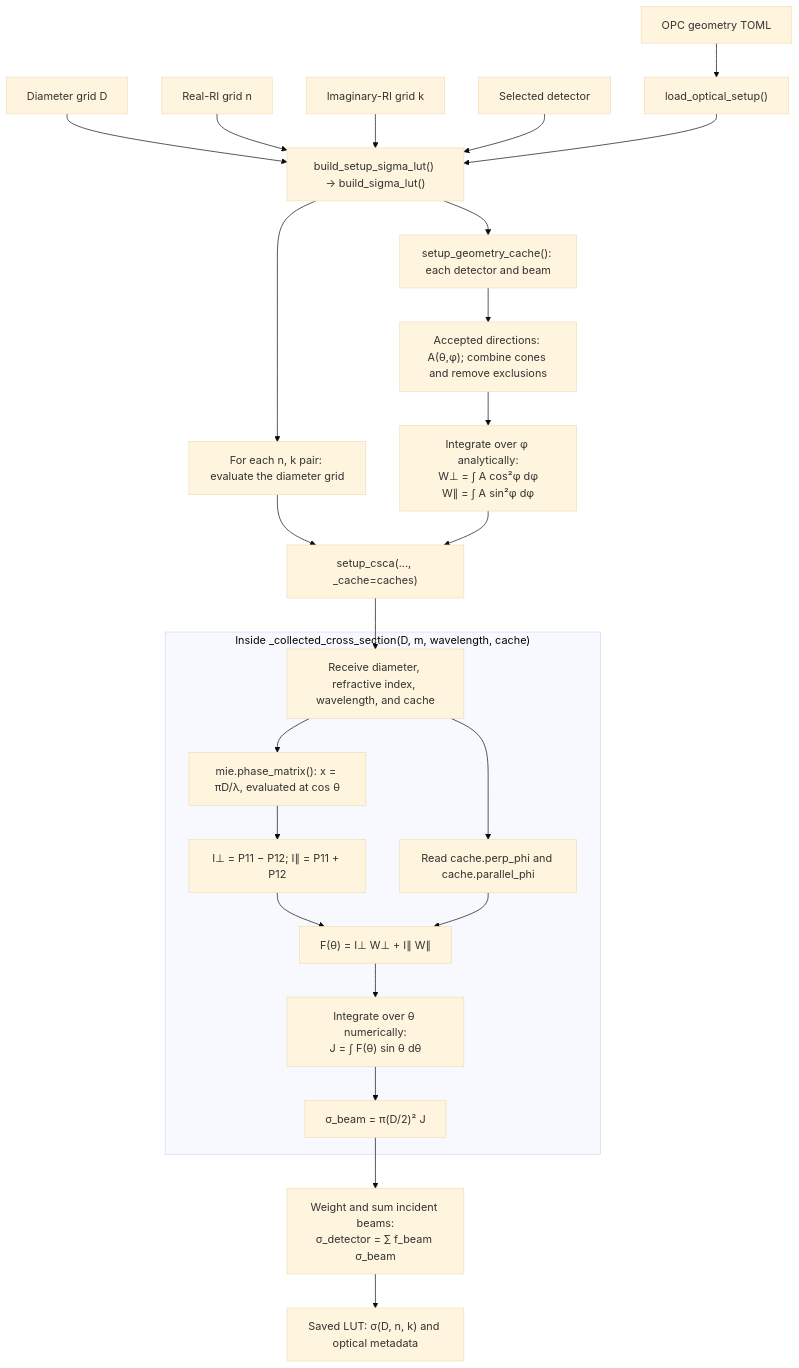
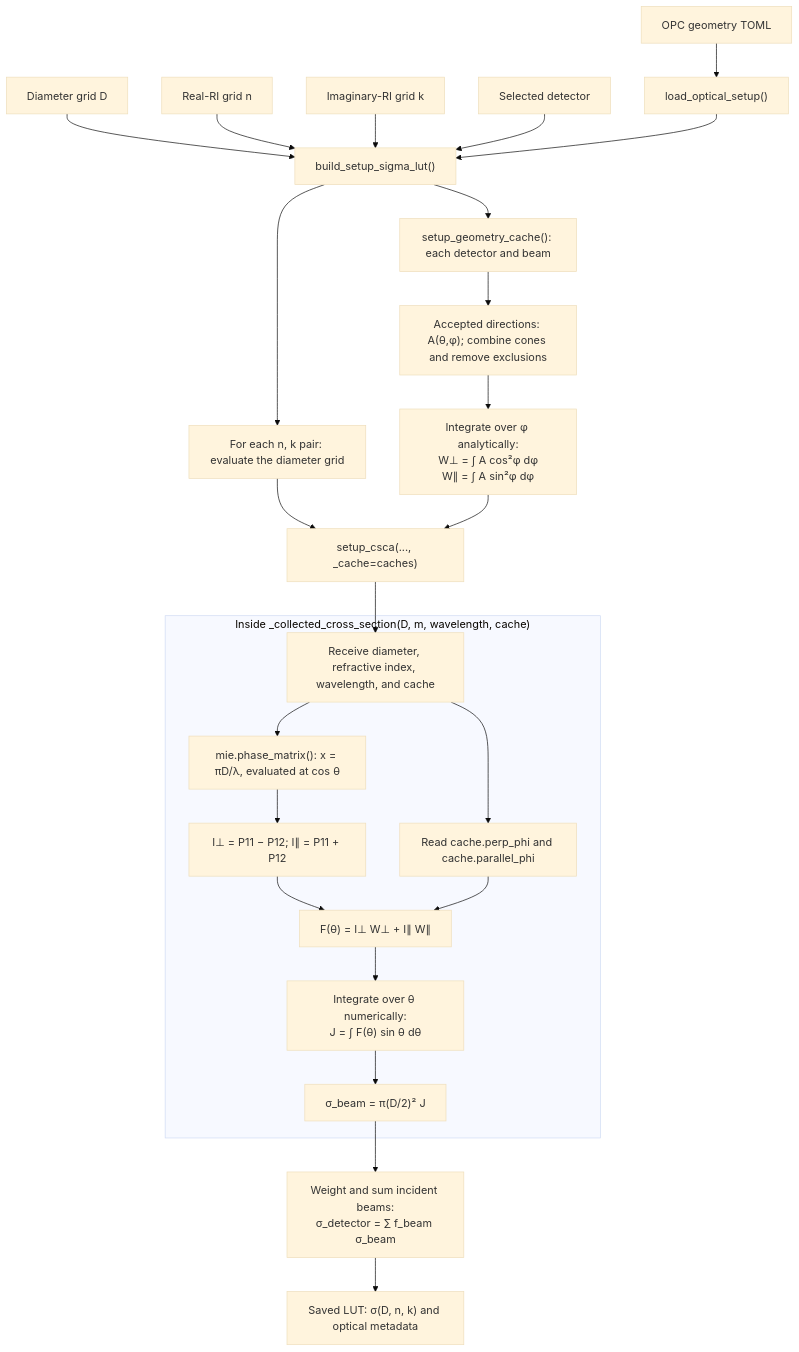
The first of 2 diagrams in docs/figures/optical_workflow.md (bochens/SizeDistMerge), drawn with Mermaid (base theme) before and after one commit. The commit also changed 27 other files, not shown here.

````diff
--- a/docs/figures/optical_workflow.md
+++ b/docs/figures/optical_workflow.md
@@ -18,28 +18,28 @@
 ```mermaid
 flowchart TD
     T["OPC geometry TOML"] --> L["load_optical_setup()"]
-    D["Diameter grid D"] --> B["build_setup_sigma_lut() → build_sigma_lut()"]
+    D["Diameter grid D"] --> B["build_setup_sigma_lut()"]
     N["Real-RI grid n"] --> B
     K["Imaginary-RI grid k"] --> B
     C["Selected detector"] --> B
     L --> B
     B --> W["setup_geometry_cache(): each detector and beam"]
     W --> MASK["Accepted directions: A(θ,φ); combine cones and remove exclusions"]
     MASK --> PHI["Integrate over φ analytically:<br/>W⊥ = ∫ A cos²φ dφ<br/>W∥ = ∫ A sin²φ dφ"]
     B --> P["For each n, k pair: evaluate the diameter grid"]
     P --> I["setup_csca(..., _cache=caches)"]
     PHI --> I
     I --> ENTRY
     subgraph PARTICLE["Inside _collected_cross_section(D, m, wavelength, cache)"]
     ENTRY["Receive diameter, refractive index, wavelength, and cache"]
     ENTRY --> M["mie.phase_matrix(): x = πD/λ, evaluated at cos θ"]
     M --> INT["I⊥ = P11 − P12; I∥ = P11 + P12"]
     INT --> F["F(θ) = I⊥ W⊥ + I∥ W∥"]
     ENTRY --> CW["Read cache.perp_phi and cache.parallel_phi"]
     CW --> F
     F --> THETA["Integrate over θ numerically:<br/>J = ∫ F(θ) sin θ dθ"]
     THETA --> AREA["σ_beam = π(D/2)² J"]
     end
     AREA --> SUM["Weight and sum incident beams:<br/>σ_detector = ∑ f_beam σ_beam"]
     SUM --> Z["Saved LUT: σ(D, n, k) and optical metadata"]
 ```
````
